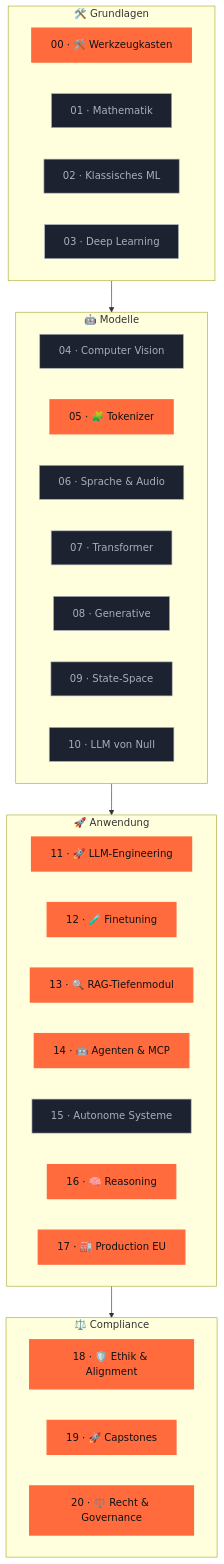
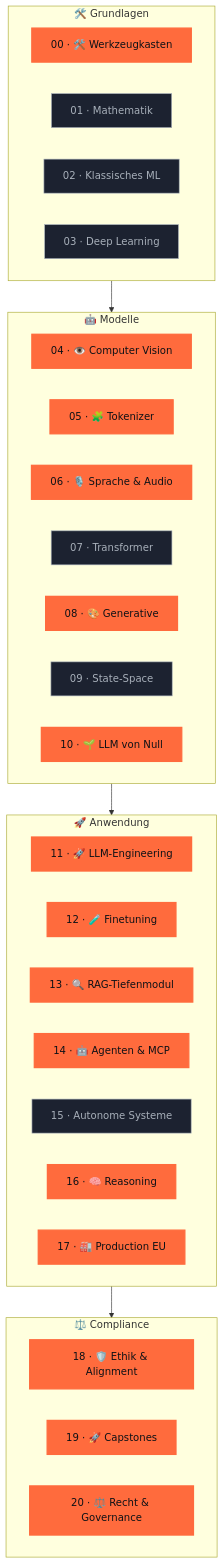
One commit to s-a-s-k-i-a/ki-engineering-werkstatt changed the second of 3 diagrams in README.md. Above: the diagram before and after it, drawn with Mermaid. The commit also changed other lines of this file and 31 other files, not shown here.

````diff
--- a/README.md
+++ b/README.md
@@ -242,45 +242,45 @@
 ```mermaid
 flowchart TB
   subgraph G[" 🛠️ Grundlagen "]
     direction LR
     P00[00 · 🛠️ Werkzeugkasten]:::done
     P01[01 · Mathematik]:::planned
     P02[02 · Klassisches ML]:::planned
     P03[03 · Deep Learning]:::planned
   end
 
   subgraph M[" 🤖 Modelle "]
     direction LR
-    P04[04 · Computer Vision]:::planned
+    P04[04 · 👁️ Computer Vision]:::done
     P05[05 · 🧩 Tokenizer]:::done
-    P06[06 · Sprache & Audio]:::planned
+    P06[06 · 🎙️ Sprache & Audio]:::done
     P07[07 · Transformer]:::planned
-    P08[08 · Generative]:::planned
+    P08[08 · 🎨 Generative]:::done
     P09[09 · State-Space]:::planned
-    P10[10 · LLM von Null]:::planned
+    P10[10 · 🌱 LLM von Null]:::done
   end
 
   subgraph A[" 🚀 Anwendung "]
     direction LR
     P11[11 · 🚀 LLM-Engineering]:::done
     P12[12 · 🧪 Finetuning]:::done
     P13[13 · 🔍 RAG-Tiefenmodul]:::done
     P14[14 · 🤖 Agenten & MCP]:::done
     P15[15 · Autonome Systeme]:::planned
     P16[16 · 🧠 Reasoning]:::done
     P17[17 · 🏭 Production EU]:::done
   end
 
   subgraph C[" ⚖️ Compliance "]
     direction LR
     P18[18 · 🛡️ Ethik & Alignment]:::done
     P19[19 · 🚀 Capstones]:::done
     P20[20 · ⚖️ Recht & Governance]:::done
   end
 
   G --> M --> A --> C
 
   classDef done fill:#FF6B3D,color:#0E1116,stroke:#FF6B3D,stroke-width:2px
   classDef wip fill:#3D8BFF,color:#FFF,stroke:#3D8BFF,stroke-width:2px,stroke-dasharray:5
   classDef planned fill:#1c2230,color:#A8B0BA,stroke:#A8B0BA,stroke-width:1px
 ```
````
